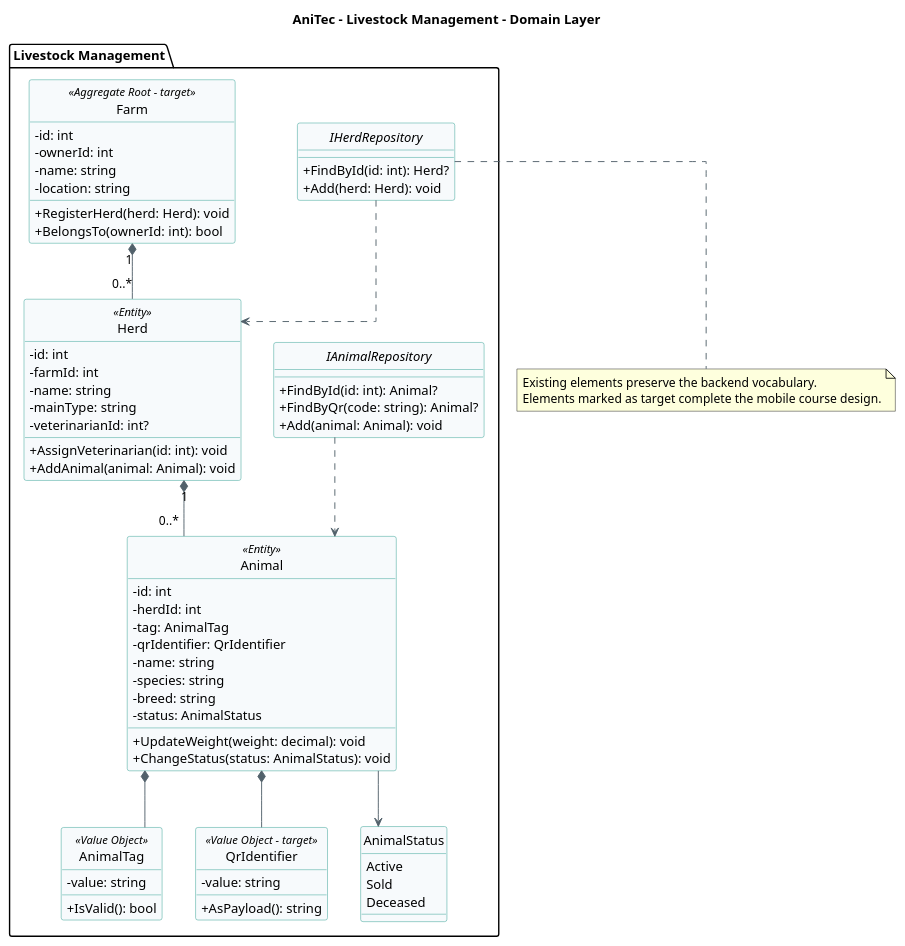
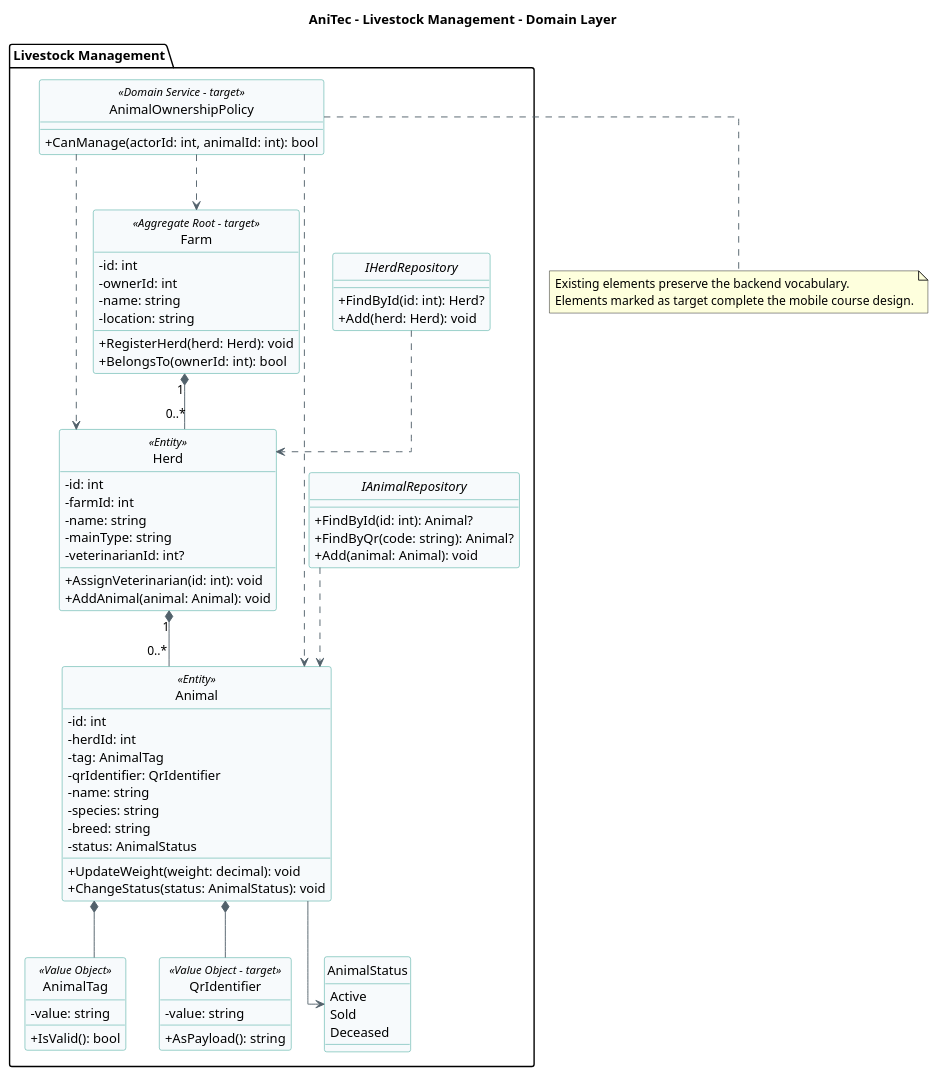
Before and after one commit to ADM-1ACC0238-2620-13975-Grupo01/Informe: the diagram in markdown/assets/codefordiagrams/2-6-3-Bounded-Context-Livestock-Management/domain-layer-class-diagram.puml, drawn with PlantUML. The commit also changed 20 other files, not shown here.

```diff
--- a/markdown/assets/codefordiagrams/2-6-3-Bounded-Context-Livestock-Management/domain-layer-class-diagram.puml
+++ b/markdown/assets/codefordiagrams/2-6-3-Bounded-Context-Livestock-Management/domain-layer-class-diagram.puml
@@ -1,78 +1,84 @@
 @startuml
 title AniTec - Livestock Management - Domain Layer
 hide circle
 skinparam classAttributeIconSize 0
 skinparam shadowing false
 skinparam linetype ortho
 skinparam class {
   BackgroundColor #F7FAFC
   BorderColor #2A9D8F
   ArrowColor #52616B
 }
 
 package "Livestock Management" {
 class Farm <<Aggregate Root - target>> {
   -id: int
   -ownerId: int
   -name: string
   -location: string
   +RegisterHerd(herd: Herd): void
   +BelongsTo(ownerId: int): bool
 }
 class Herd <<Entity>> {
   -id: int
   -farmId: int
   -name: string
   -mainType: string
   -veterinarianId: int?
   +AssignVeterinarian(id: int): void
   +AddAnimal(animal: Animal): void
 }
 class Animal <<Entity>> {
   -id: int
   -herdId: int
   -tag: AnimalTag
   -qrIdentifier: QrIdentifier
   -name: string
   -species: string
   -breed: string
   -status: AnimalStatus
   +UpdateWeight(weight: decimal): void
   +ChangeStatus(status: AnimalStatus): void
 }
 class AnimalTag <<Value Object>> {
   -value: string
   +IsValid(): bool
 }
 class QrIdentifier <<Value Object - target>> {
   -value: string
   +AsPayload(): string
 }
 enum AnimalStatus {
   Active
   Sold
   Deceased
 }
 interface IAnimalRepository {
   +FindById(id: int): Animal?
   +FindByQr(code: string): Animal?
   +Add(animal: Animal): void
 }
 interface IHerdRepository {
   +FindById(id: int): Herd?
   +Add(herd: Herd): void
 }
 Farm "1" *-- "0..*" Herd
 Herd "1" *-- "0..*" Animal
 Animal *-- AnimalTag
 Animal *-- QrIdentifier
 Animal --> AnimalStatus
 IAnimalRepository ..> Animal
 IHerdRepository ..> Herd
+class AnimalOwnershipPolicy <<Domain Service - target>> {
+  +CanManage(actorId: int, animalId: int): bool
+}
+AnimalOwnershipPolicy ..> Farm
+AnimalOwnershipPolicy ..> Herd
+AnimalOwnershipPolicy ..> Animal
 }
 
 note bottom
   Existing elements preserve the backend vocabulary.
   Elements marked as target complete the mobile course design.
 end note
 @enduml
```
